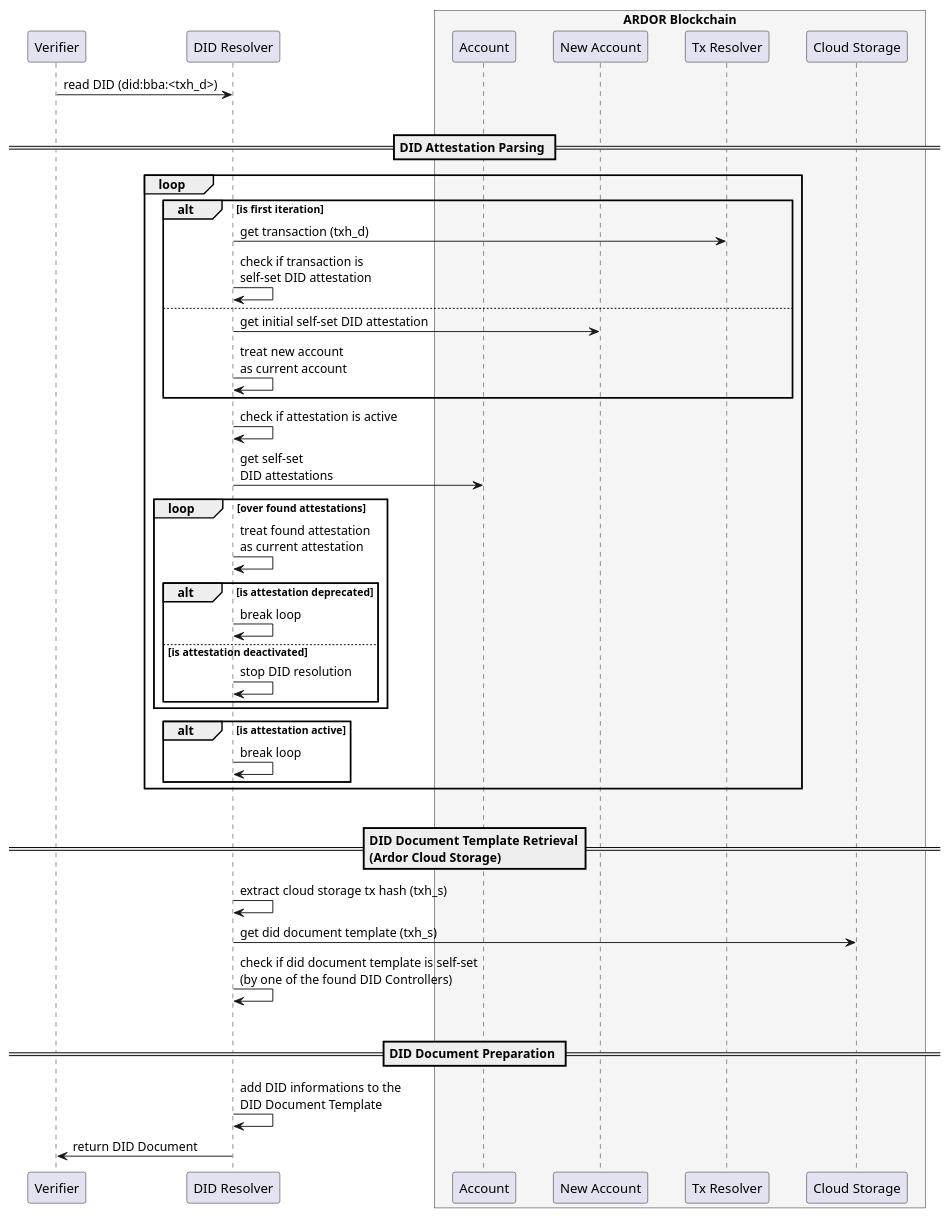
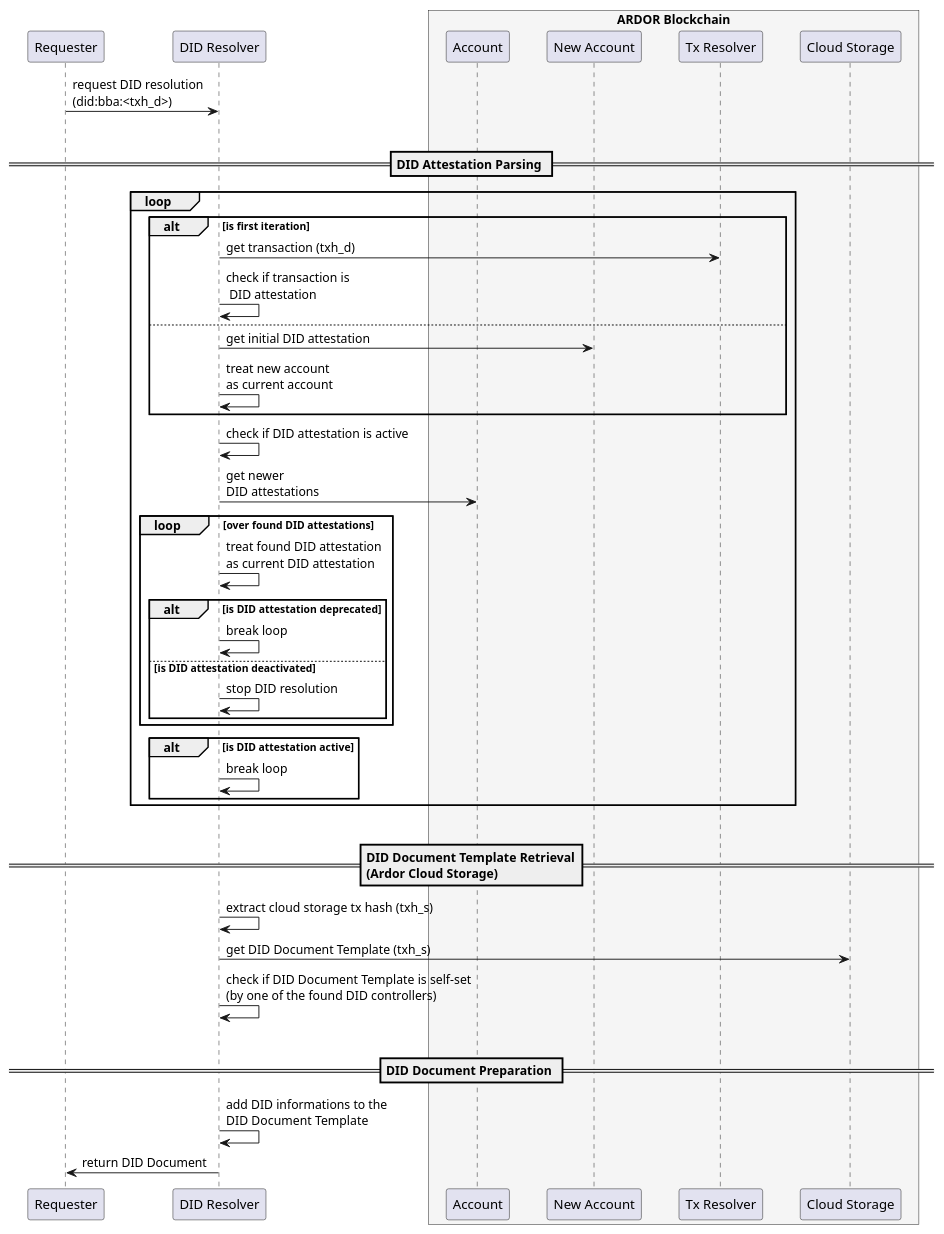
Before and after one commit to blobaa/bba-did-method-specification: the diagram in docs/plantuml/src/did-resolve.puml, drawn with PlantUML. The commit also changed 10 other files, not shown here.

```diff
--- a/docs/plantuml/src/did-resolve.puml
+++ b/docs/plantuml/src/did-resolve.puml
@@ -1,65 +1,65 @@
 @startuml
 skinparam BoxPadding 15
 skinparam ParticipantPadding 15
 
 
-participant "Verifier" as VER
+participant "Requester" as REQ
 participant "DID Resolver" as RES
 box "ARDOR Blockchain" #WhiteSmoke
     participant "Account" as ATTE
     participant "New Account" as NATTE
     participant "Tx Resolver" as TXR
     participant "Cloud Storage" as STR
 end box
 
 
 
-VER -> RES: read DID (did:bba:<txh_d>)
+REQ -> RES: request DID resolution\n(did:bba:<txh_d>)
 |||
 
 
 == DID Attestation Parsing ==
 
 loop
     alt is first iteration
         RES -> TXR: get transaction (txh_d)
-        RES -> RES: check if transaction is\nself-set DID attestation
+        RES -> RES: check if transaction is\n DID attestation
     else
         ' RES -> RES: store account name
-        RES -> NATTE: get initial self-set DID attestation
+        RES -> NATTE: get initial DID attestation
         RES -> RES: treat new account\nas current account
     end
 
-    RES -> RES: check if attestation is active
-    RES -> ATTE: get self-set\nDID attestations
+    RES -> RES: check if DID attestation is active
+    RES -> ATTE: get newer \nDID attestations
 
-    loop over found attestations
-        RES -> RES: treat found attestation\nas current attestation
-        alt is attestation deprecated
+    loop over found DID attestations
+        RES -> RES: treat found DID attestation\nas current DID attestation
+        alt is DID attestation deprecated
             RES -> RES: break loop
-        else is attestation deactivated
+        else is DID attestation deactivated
             RES -> RES: stop DID resolution
         end
     end
-    alt is attestation active
+    alt is DID attestation active
         RES -> RES: break loop
     end
 end
 |||
 
 
 == DID Document Template Retrieval\n(Ardor Cloud Storage) ==
 
 RES -> RES: extract cloud storage tx hash (txh_s)
-RES -> STR: get did document template (txh_s)
-RES -> RES: check if did document template is self-set\n(by one of the found DID Controllers)
+RES -> STR: get DID Document Template (txh_s)
+RES -> RES: check if DID Document Template is self-set\n(by one of the found DID controllers)
 |||
 
 
 == DID Document Preparation ==
 
 RES -> RES: add DID informations to the\nDID Document Template
-RES -> VER: return DID Document
+RES -> REQ: return DID Document
 
 
 @enduml
```
